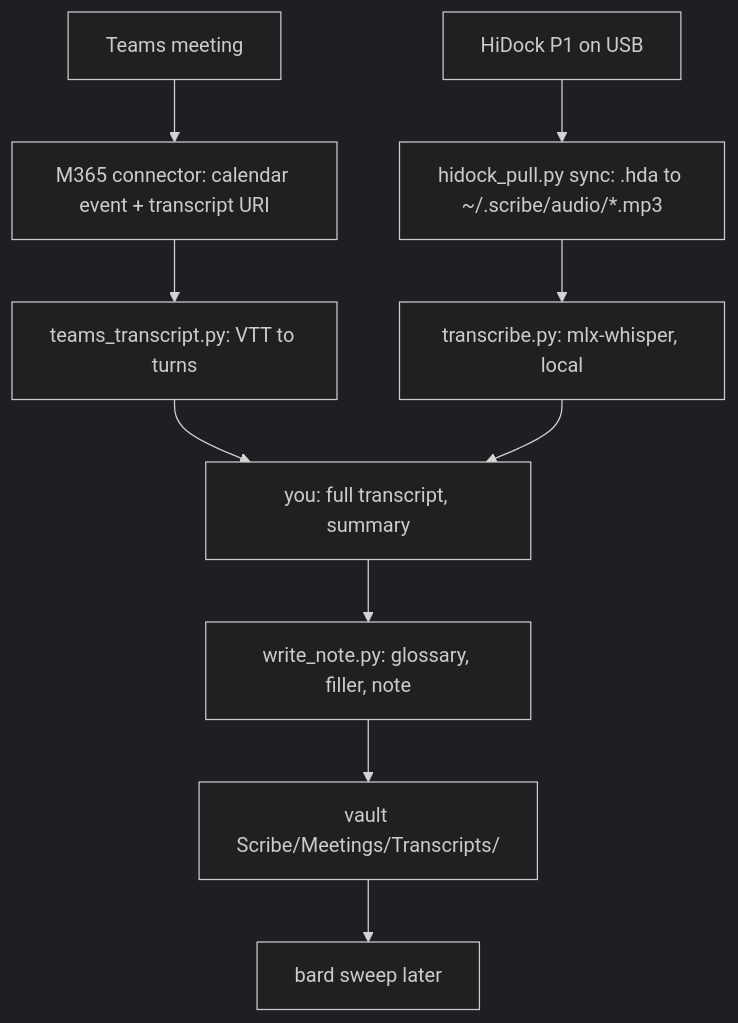
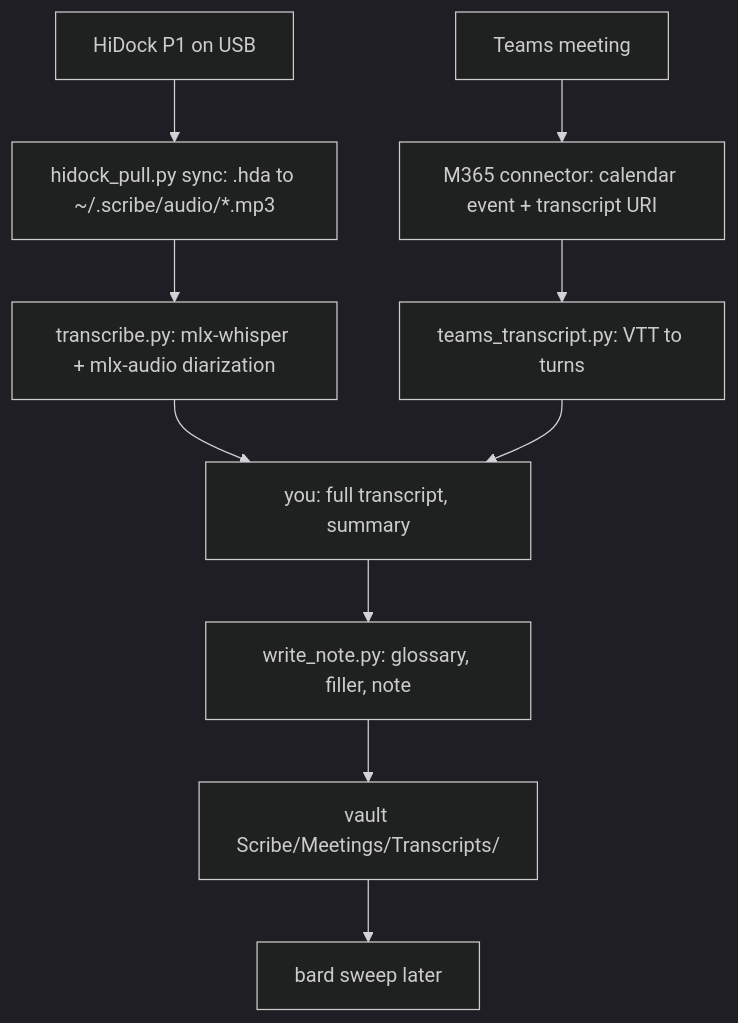
One commit to acastro2/alex-skills changed the diagram in scribe/SKILL.md. Above: the diagram before and after it, drawn with Mermaid (dark theme). The commit also changed other lines of this file and 7 other files, not shown here.

Commit message:
feat(diarization): implement speaker diarization and update transcribe.py

````diff
--- a/scribe/SKILL.md
+++ b/scribe/SKILL.md
@@ -21,12 +22,12 @@
 ```mermaid
 graph TD
   T[Teams meeting] --> T2[M365 connector: calendar event + transcript URI]
   T2 --> P1[teams_transcript.py: VTT to turns]
   H[HiDock P1 on USB] --> H2[hidock_pull.py sync: .hda to ~/.scribe/audio/*.mp3]
-  H2 --> H3[transcribe.py: mlx-whisper, local]
-  P1 --> C[you: full transcript, summary]
-  H3 --> C
+  H2 --> H3[transcribe.py: mlx-whisper + mlx-audio diarization]
+  H3 --> C[you: full transcript, summary]
+  P1 --> C
   C --> W[write_note.py: glossary, filler, note]
   W --> O[vault Scribe/Meetings/Transcripts/]
   O --> B[bard sweep later]
 ```
````
